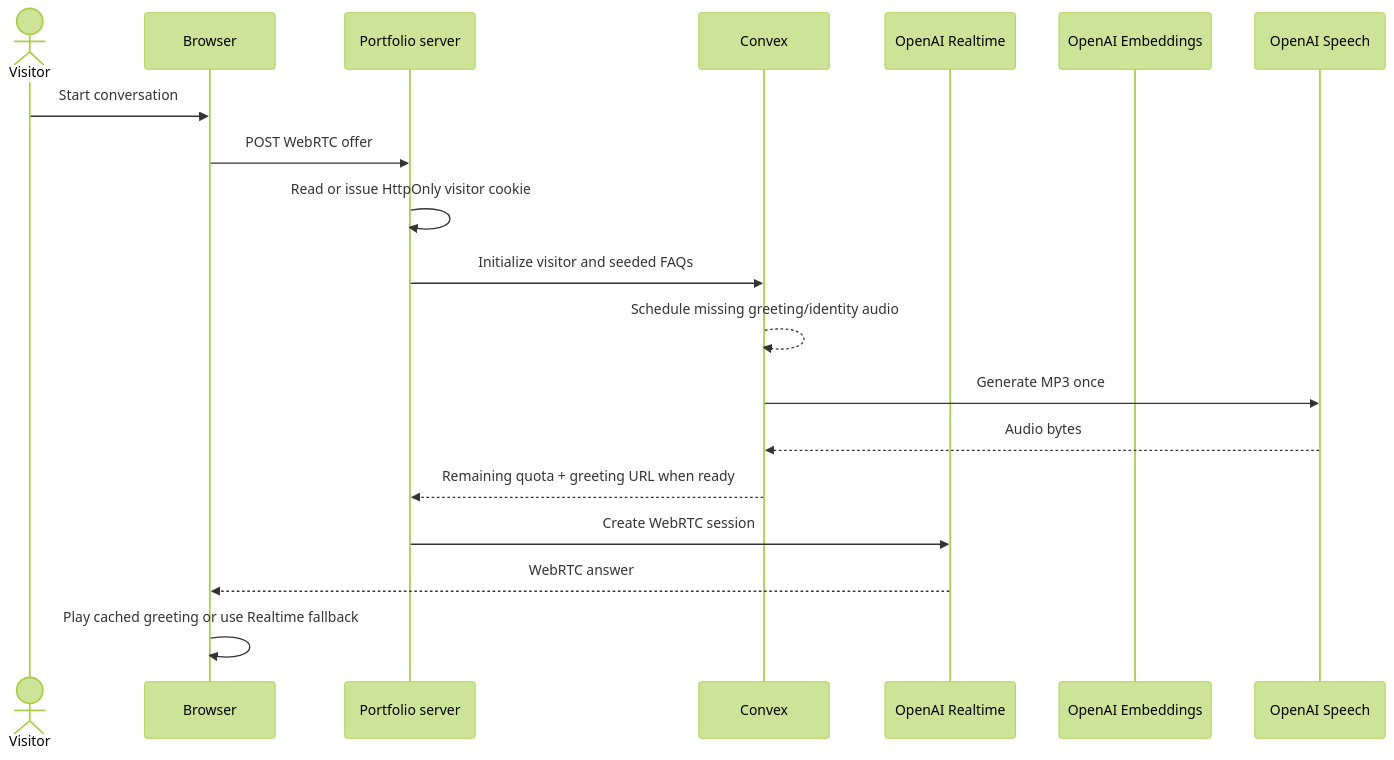
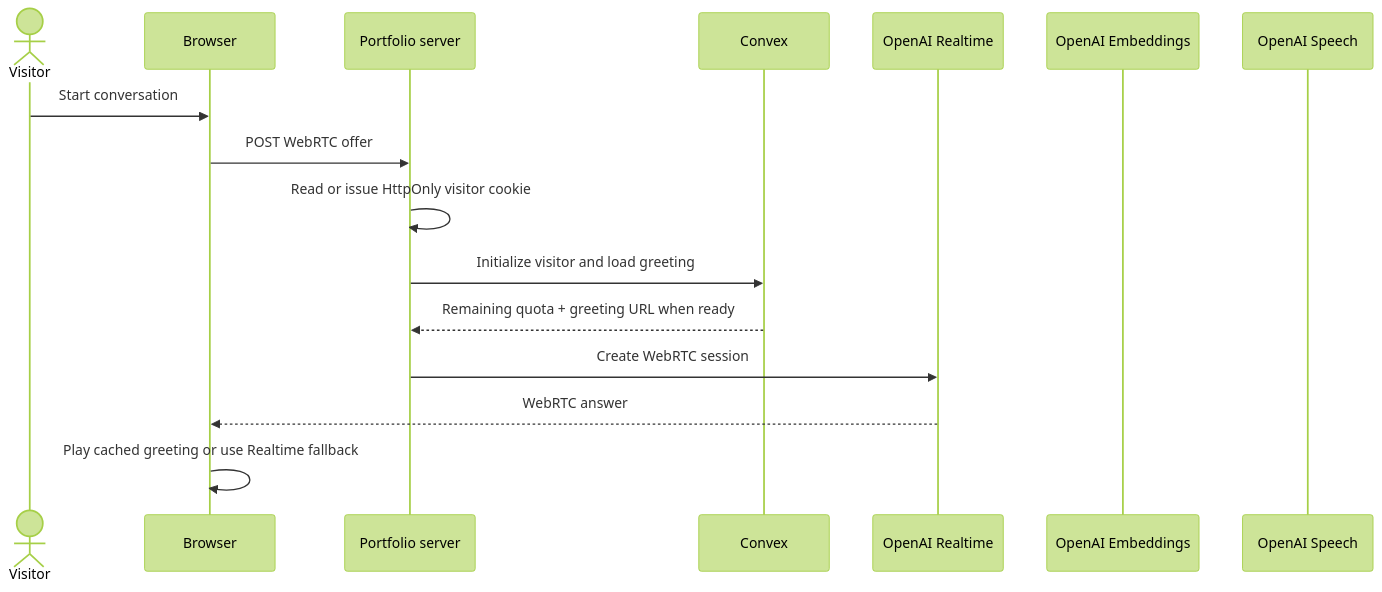
Before and after one commit to kyc-software/portfolio: the second of 4 diagrams in docs/voice-cache-architecture.md, drawn with Mermaid (forest theme). The commit also changed other lines of this file and 11 other files, not shown here.

````diff
--- a/docs/voice-cache-architecture.md
+++ b/docs/voice-cache-architecture.md
@@ -54,22 +48,19 @@
 ```mermaid
 sequenceDiagram
   actor Visitor
   participant Browser
   participant Portfolio as Portfolio server
   participant Convex
   participant Realtime as OpenAI Realtime
   participant Embeddings as OpenAI Embeddings
   participant Speech as OpenAI Speech
 
   Visitor->>Browser: Start conversation
   Browser->>Portfolio: POST WebRTC offer
   Portfolio->>Portfolio: Read or issue HttpOnly visitor cookie
-  Portfolio->>Convex: Initialize visitor and seeded FAQs
-  Convex-->>Convex: Schedule missing greeting/identity audio
-  Convex->>Speech: Generate MP3 once
-  Speech-->>Convex: Audio bytes
+  Portfolio->>Convex: Initialize visitor and load greeting
   Convex-->>Portfolio: Remaining quota + greeting URL when ready
   Portfolio->>Realtime: Create WebRTC session
   Realtime-->>Browser: WebRTC answer
   Browser->>Browser: Play cached greeting or use Realtime fallback
 ```
````
